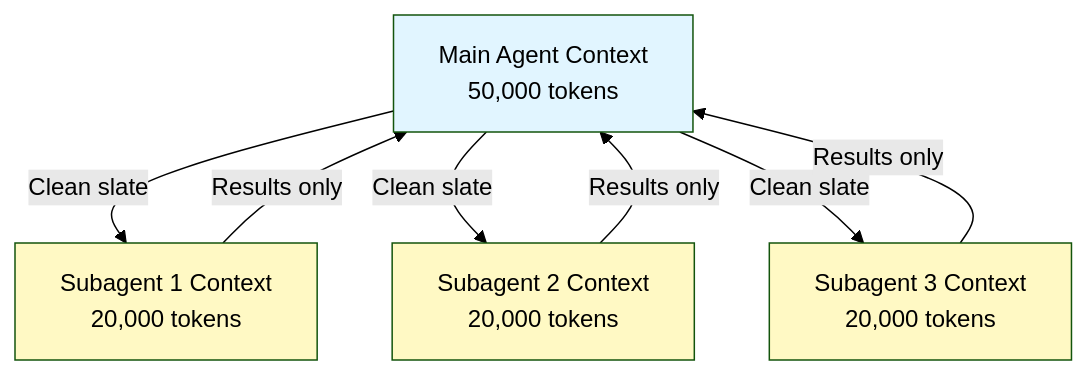
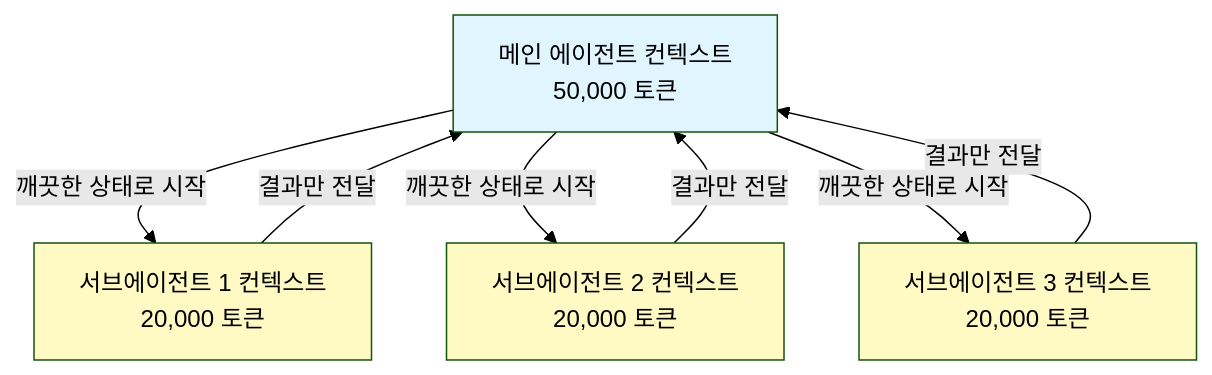
Before and after one commit to KIMDONGWHEE99/howkorean: the seventh of 31 diagrams in claude_concepts_guide.md, drawn with Mermaid (forest theme). The commit also changed other lines of this file, not shown here.

````diff
--- a/claude_concepts_guide.md
+++ b/claude_concepts_guide.md
@@ -197,20 +197,20 @@
 ```mermaid
 graph TB
-    A["Main Agent Context<br/>50,000 tokens"]
-    B["Subagent 1 Context<br/>20,000 tokens"]
-    C["Subagent 2 Context<br/>20,000 tokens"]
-    D["Subagent 3 Context<br/>20,000 tokens"]
+    A["메인 에이전트 컨텍스트<br/>50,000 토큰"]
+    B["서브에이전트 1 컨텍스트<br/>20,000 토큰"]
+    C["서브에이전트 2 컨텍스트<br/>20,000 토큰"]
+    D["서브에이전트 3 컨텍스트<br/>20,000 토큰"]
 
-    A -->|Clean slate| B
-    A -->|Clean slate| C
-    A -->|Clean slate| D
+    A -->|깨끗한 상태로 시작| B
+    A -->|깨끗한 상태로 시작| C
+    A -->|깨끗한 상태로 시작| D
 
-    B -->|Results only| A
-    C -->|Results only| A
-    D -->|Results only| A
+    B -->|결과만 전달| A
+    C -->|결과만 전달| A
+    D -->|결과만 전달| A
 
     style A fill:#e1f5ff
     style B fill:#fff9c4
     style C fill:#fff9c4
     style D fill:#fff9c4
 ```
````
